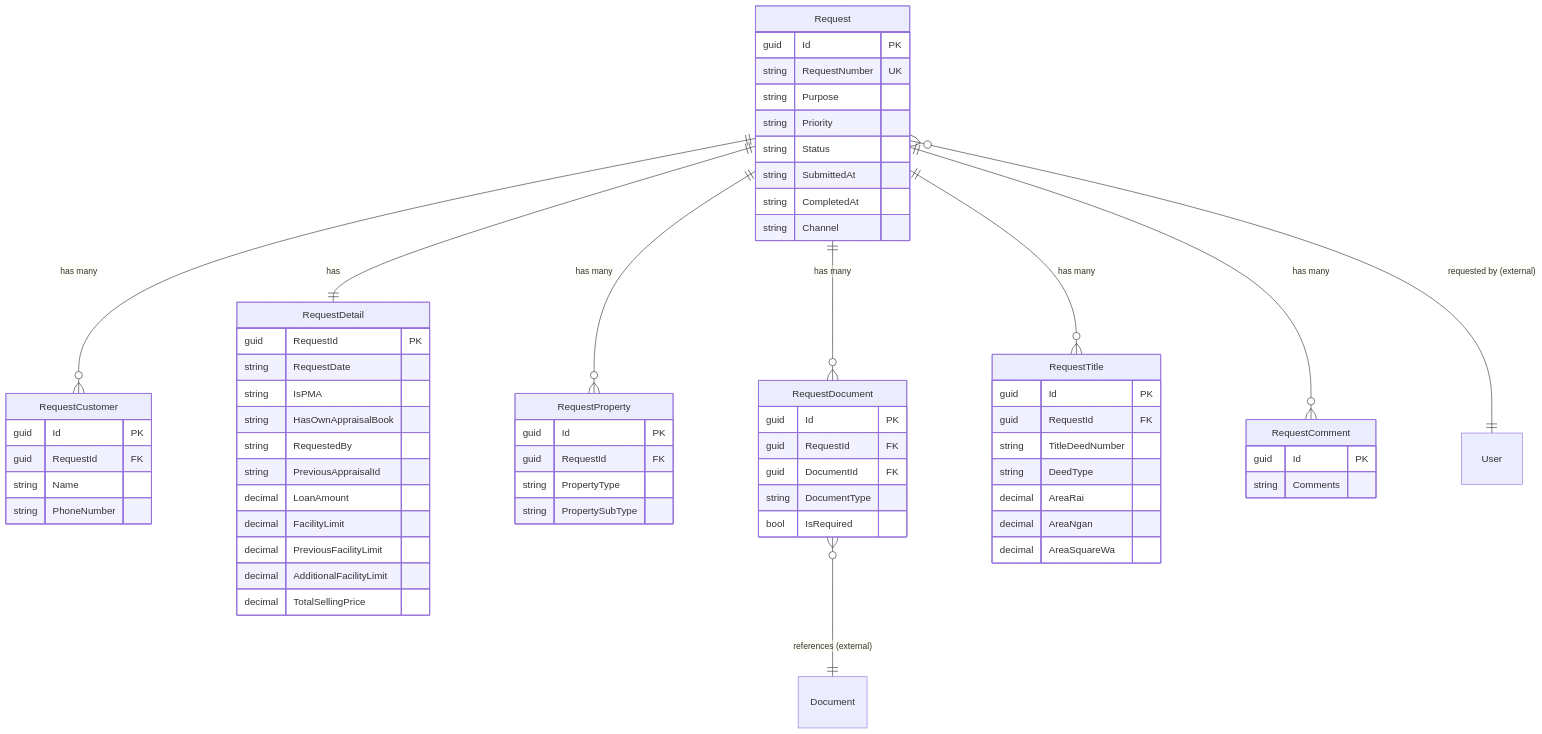
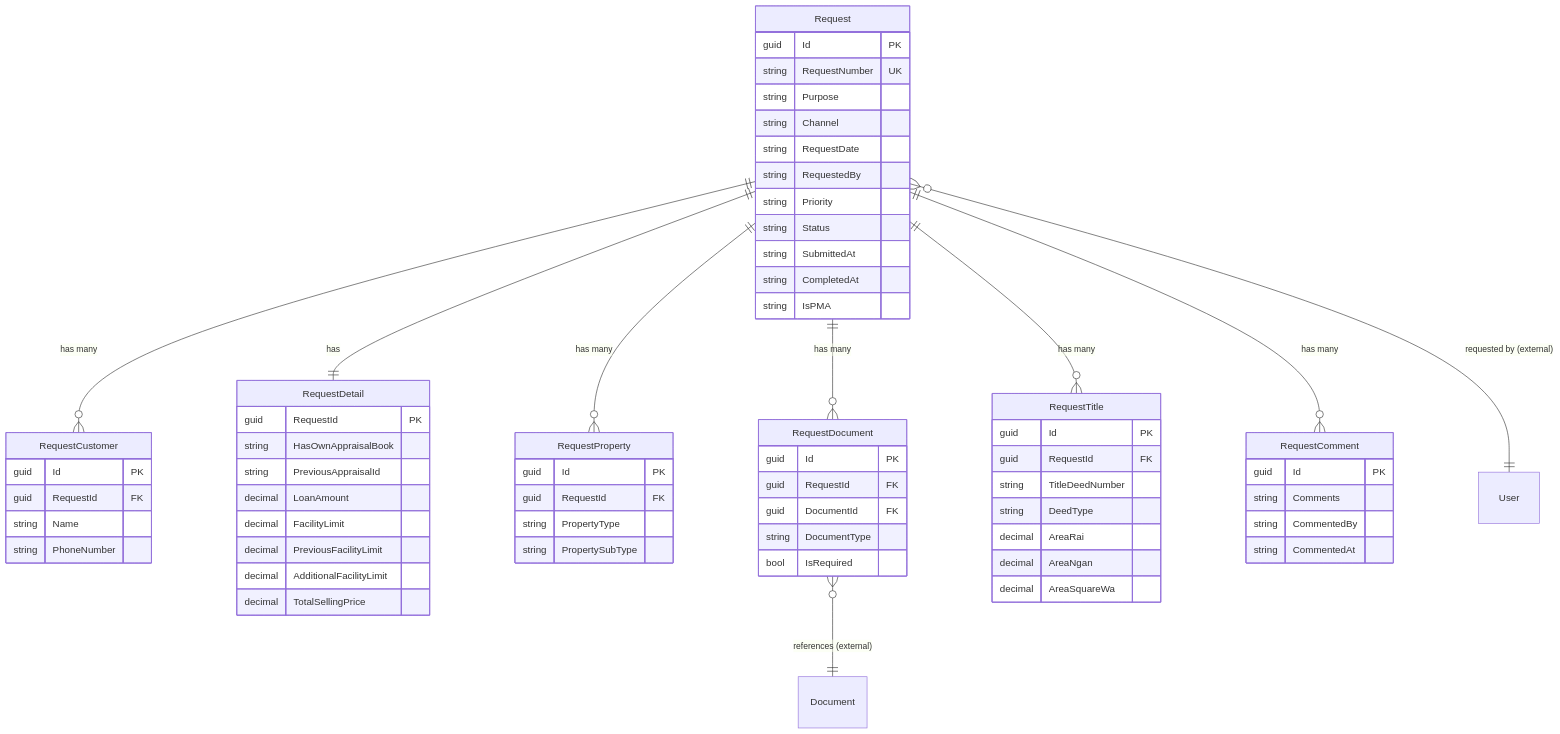
Before and after one commit to immortalgky/collateral-appraisal-system-api: the diagram in docs/data-model/02-request-module.md, drawn with Mermaid. The commit also changed other lines of this file, not shown here.

Commit message:
Enhance Request module data model: add Channel, RequestDate, RequestedBy, and Comment fields

````diff
--- a/docs/data-model/02-request-module.md
+++ b/docs/data-model/02-request-module.md
@@ -30,74 +30,76 @@
 ```mermaid
 erDiagram
     Request ||--o{ RequestCustomer : "has many"
     Request ||--|| RequestDetail : "has"
     Request ||--o{ RequestProperty : "has many"
     Request ||--o{ RequestDocument : "has many"
     Request ||--o{ RequestTitle : "has many"
     Request ||--o{ RequestComment : "has many"
 
     RequestDocument }o--|| Document : "references (external)"
     Request }o--|| User : "requested by (external)"
 
     Request {
         guid Id PK
         string RequestNumber UK
         string Purpose
+        string Channel
+        string RequestDate
+        string RequestedBy
         string Priority
         string Status
         string SubmittedAt
         string CompletedAt
-        string Channel
+        string IsPMA
     }
     
     RequestDetail {
         guid RequestId PK
-        string RequestDate
-        string IsPMA
         string HasOwnAppraisalBook
-        string RequestedBy
         string PreviousAppraisalId
         decimal LoanAmount
         decimal FacilityLimit
         decimal PreviousFacilityLimit
         decimal AdditionalFacilityLimit
         decimal TotalSellingPrice
     }
 
     RequestCustomer {
         guid Id PK
         guid RequestId FK
         string Name
         string PhoneNumber
     }
 
     RequestProperty {
         guid Id PK
         guid RequestId FK
         string PropertyType
         string PropertySubType
     }
 
     RequestDocument {
         guid Id PK
         guid RequestId FK
         guid DocumentId FK
         string DocumentType
         bool IsRequired
     }
 
     RequestTitle {
         guid Id PK
         guid RequestId FK
         string TitleDeedNumber
         string DeedType
         decimal AreaRai
         decimal AreaNgan
         decimal AreaSquareWa
     }
 
     RequestComment {
         guid Id PK
         string Comments
+        string CommentedBy
+        string CommentedAt
     }
 ```
````
